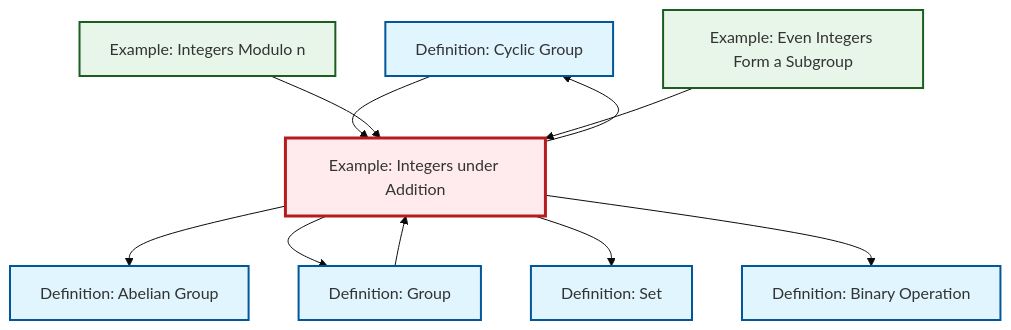
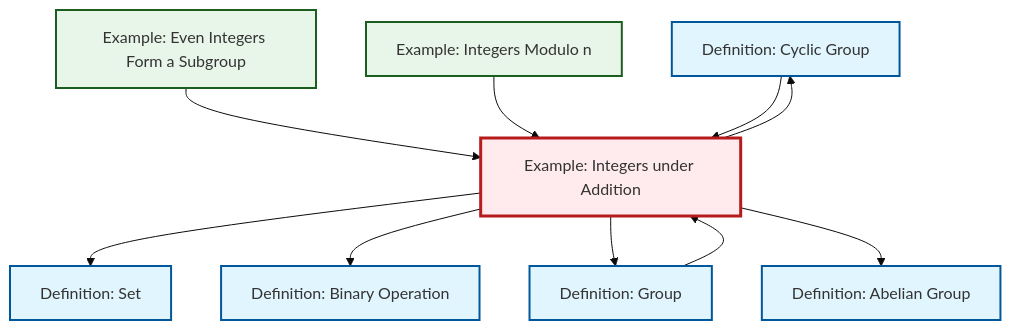
The diagram in content/en/algebra/ex-integers-addition.qmd (RK0429/ModernMath), drawn with Mermaid (base theme) before and after one commit. The commit also changed other lines of this file and 328 other files, not shown here.

````diff
--- a/content/en/algebra/ex-integers-addition.qmd
+++ b/content/en/algebra/ex-integers-addition.qmd
@@ -73,34 +73,34 @@
 ```{mermaid}
 %%| fig-cap: "Local dependency graph"
 graph TD
     classDef definition fill:#e1f5fe,stroke:#01579b,stroke-width:2px
     classDef theorem fill:#f3e5f5,stroke:#4a148c,stroke-width:2px
     classDef axiom fill:#fff3e0,stroke:#e65100,stroke-width:2px
     classDef example fill:#e8f5e9,stroke:#1b5e20,stroke-width:2px
     classDef current fill:#ffebee,stroke:#b71c1c,stroke-width:3px
+    def-cyclic-group["Definition: Cyclic Group"]:::definition
+    ex-even-integers-subgroup["Example: Even Integers Form a Subgroup"]:::example
+    def-abelian-group["Definition: Abelian Group"]:::definition
+    ex-quotient-integers-mod-n["Example: Integers Modulo n"]:::example
     def-set["Definition: Set"]:::definition
-    def-cyclic-group["Definition: Cyclic Group"]:::definition
+    def-group["Definition: Group"]:::definition
     def-binary-operation["Definition: Binary Operation"]:::definition
     ex-integers-addition["Example: Integers under Addition"]:::example
-    ex-quotient-integers-mod-n["Example: Integers Modulo n"]:::example
-    def-group["Definition: Group"]:::definition
-    ex-even-integers-subgroup["Example: Even Integers Form a Subgroup"]:::example
-    def-abelian-group["Definition: Abelian Group"]:::definition
+    ex-integers-addition --> def-set
+    ex-even-integers-subgroup --> ex-integers-addition
+    def-group --> ex-integers-addition
+    ex-integers-addition --> def-cyclic-group
+    ex-integers-addition --> def-binary-operation
+    ex-integers-addition --> def-group
     ex-integers-addition --> def-abelian-group
-    ex-integers-addition --> def-group
+    ex-quotient-integers-mod-n --> ex-integers-addition
     def-cyclic-group --> ex-integers-addition
-    ex-quotient-integers-mod-n --> ex-integers-addition
-    ex-even-integers-subgroup --> ex-integers-addition
-    ex-integers-addition --> def-cyclic-group
-    def-group --> ex-integers-addition
-    ex-integers-addition --> def-set
-    ex-integers-addition --> def-binary-operation
     class ex-integers-addition current
-    click def-set "def-set.html" "Go to Set definition"
     click def-cyclic-group "def-cyclic-group.html" "Go to Cyclic Group definition"
-    click def-binary-operation "def-binary-operation.html" "Go to Binary Operation definition"
-    click ex-quotient-integers-mod-n "ex-quotient-integers-mod-n.html" "Go to Integers Modulo n example"
-    click def-group "def-group.html" "Go to Group definition"
     click ex-even-integers-subgroup "ex-even-integers-subgroup.html" "Go to Even Integers Form a Subgroup example"
     click def-abelian-group "def-abelian-group.html" "Go to Abelian Group definition"
+    click ex-quotient-integers-mod-n "ex-quotient-integers-mod-n.html" "Go to Integers Modulo n example"
+    click def-set "def-set.html" "Go to Set definition"
+    click def-group "def-group.html" "Go to Group definition"
+    click def-binary-operation "def-binary-operation.html" "Go to Binary Operation definition"
 ```
````
